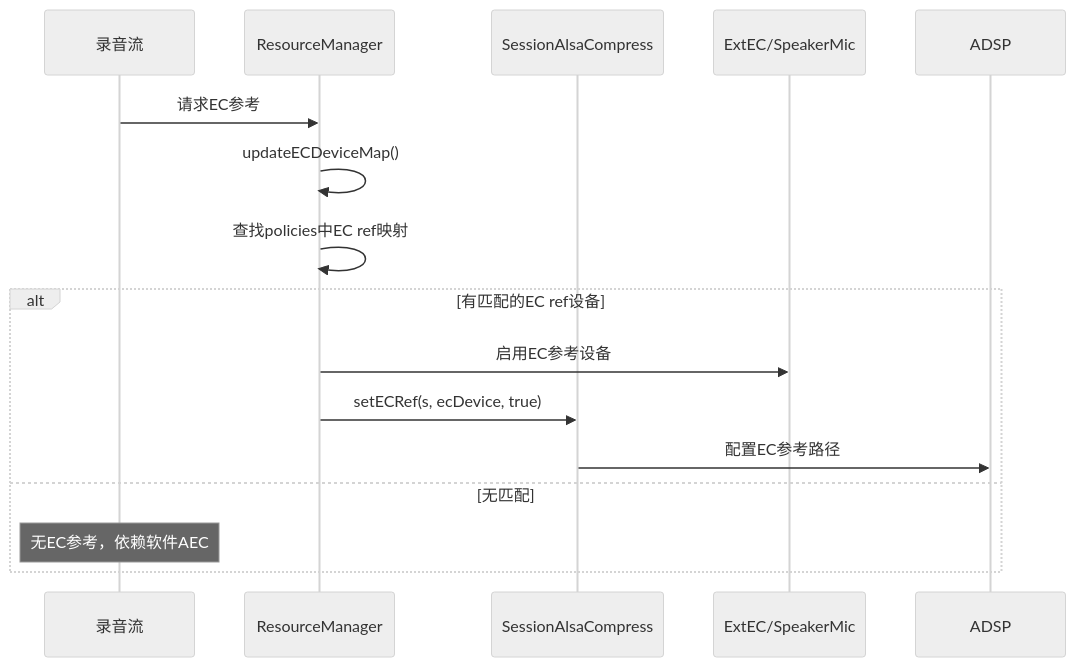
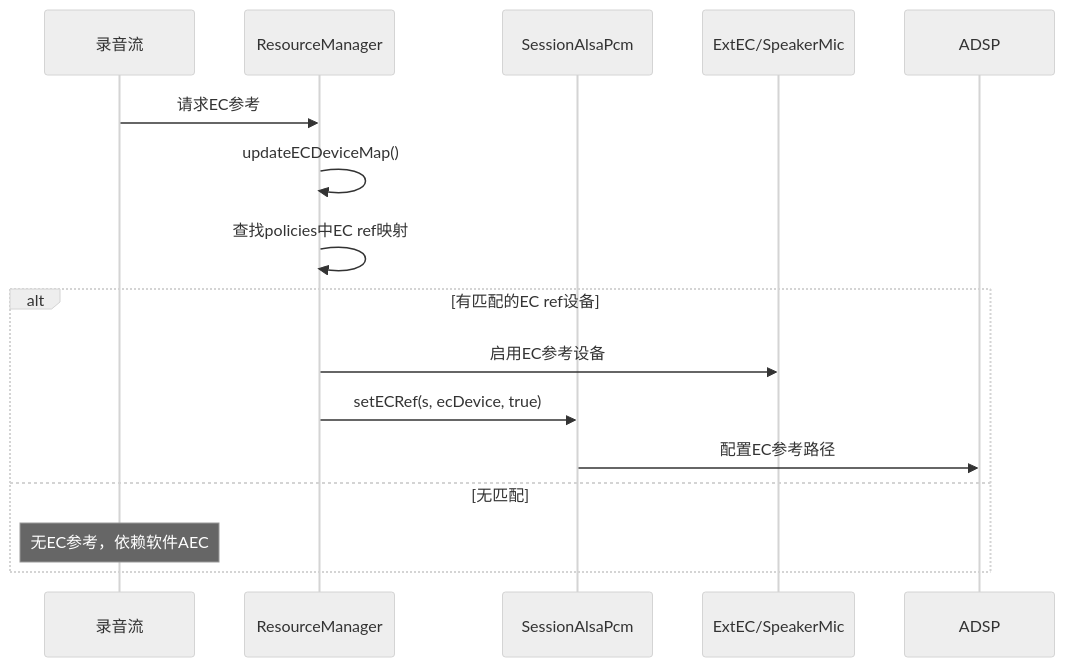
The eighth of 8 diagrams in 15_PAL_Architecture/15_15.11_编解码器插件_pluginscodecs.md (yanglinzhen1022/SA8295_AAOS_QNX_Audio_KnowledgeBase), drawn with Mermaid (neutral theme) before and after one commit. The commit also changed other lines of this file and 3 other files, not shown here.

Commit message:
architecture

````diff
--- a/15_PAL_Architecture/15_15.11_编解码器插件_pluginscodecs.md
+++ b/15_PAL_Architecture/15_15.11_编解码器插件_pluginscodecs.md
@@ -240,19 +248,19 @@
 ```mermaid
 sequenceDiagram
     participant Rec as 录音流
     participant RM as ResourceManager
-    participant Session as SessionAlsaCompress
+    participant Session as SessionAlsaPcm
     participant ECRef as ExtEC/SpeakerMic
     participant DSP as ADSP
 
     Rec->>RM: 请求EC参考
     RM->>RM: updateECDeviceMap()
     RM->>RM: 查找policies中EC ref映射
     alt 有匹配的EC ref设备
         RM->>ECRef: 启用EC参考设备
         RM->>Session: setECRef(s, ecDevice, true)
         Session->>DSP: 配置EC参考路径
     else 无匹配
         Note over Rec: 无EC参考，依赖软件AEC
     end
 ```
````
